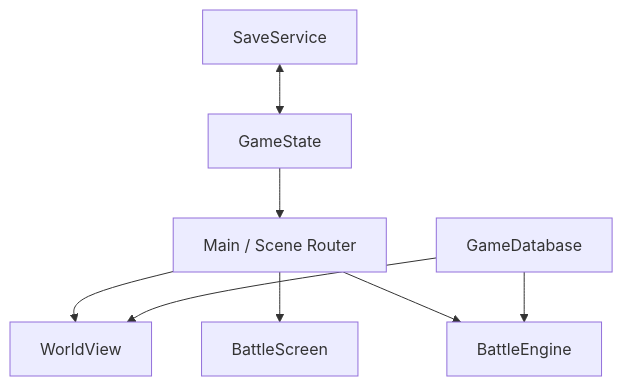
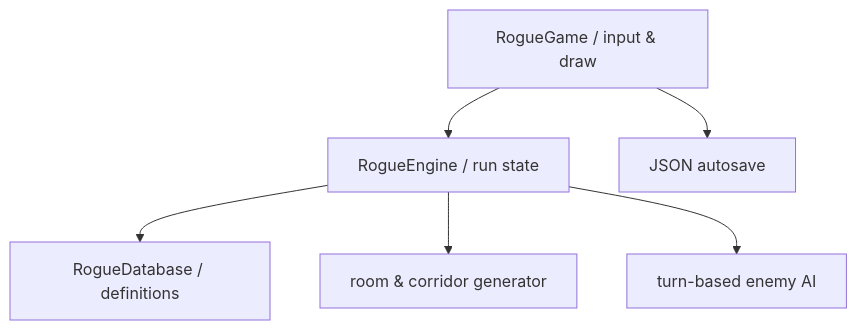
One commit to gkujin/godot-dq-rpg-mvp changed the diagram in docs/ARCHITECTURE.md. Above: the diagram before and after it, drawn with Mermaid. The commit also changed other lines of this file and 26 other files, not shown here.

````diff
--- a/docs/ARCHITECTURE.md
+++ b/docs/ARCHITECTURE.md
@@ -7,10 +5,8 @@
 ```mermaid
 flowchart TD
-    Main[Main / Scene Router] --> World[WorldView]
-    Main --> BattleUI[BattleScreen]
-    Main --> Engine[BattleEngine]
-    DB[GameDatabase] --> World
-    DB --> Engine
-    State[GameState] --> Main
-    Save[SaveService] <--> State
+    Game[RogueGame / input & draw] --> Engine[RogueEngine / run state]
+    Engine --> DB[RogueDatabase / definitions]
+    Engine --> Generator[room & corridor generator]
+    Engine --> AI[turn-based enemy AI]
+    Game --> Save[JSON autosave]
 ```
````
